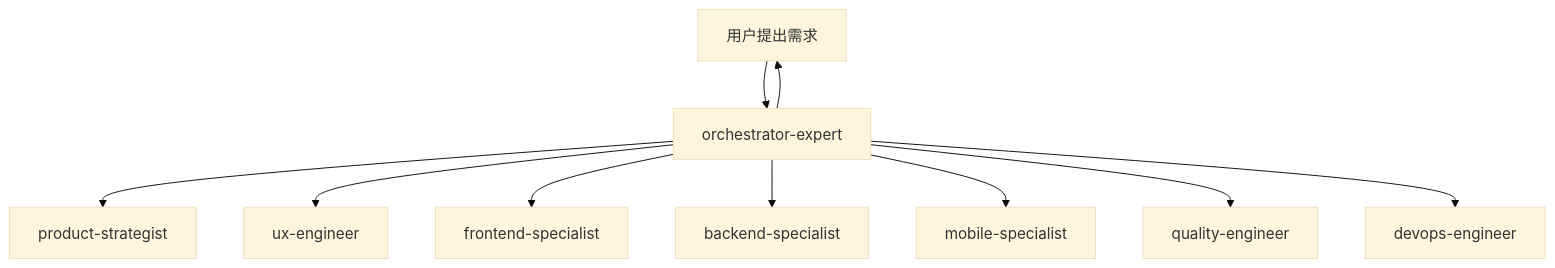
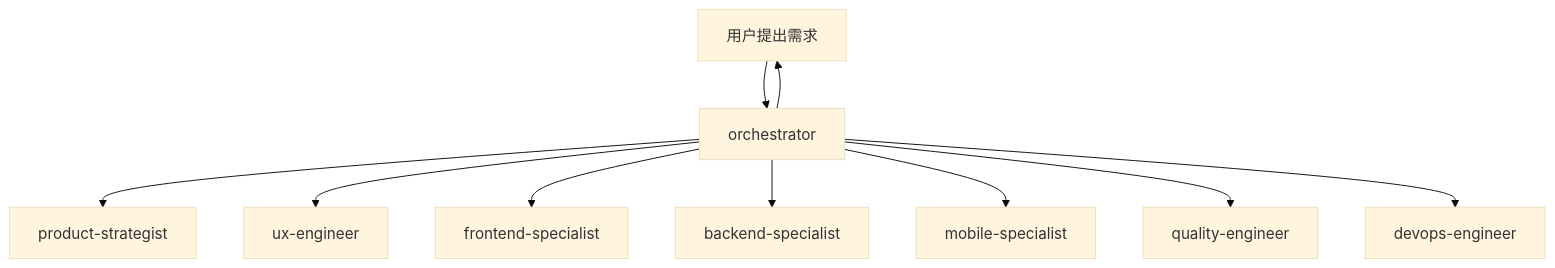
Before and after one commit to Tooooommy/Trae-Workflow: the diagram in README.md, drawn with Mermaid (base theme). The commit also changed other lines of this file and 21 other files, not shown here.

First line of the commit message:
refactor(skills): rename orchestrator-expert to orchestrator and update paths

````diff
--- a/README.md
+++ b/README.md
@@ -34,12 +34,12 @@
 ```mermaid
 flowchart TD
-    User[用户提出需求] --> Orchestrator[orchestrator-expert]
+    User[用户提出需求] --> Orchestrator[orchestrator]
     Orchestrator --> Product[product-strategist]
     Orchestrator --> Design[ux-engineer]
     Orchestrator --> Frontend[frontend-specialist]
     Orchestrator --> Backend[backend-specialist]
     Orchestrator --> Mobile[mobile-specialist]
     Orchestrator --> QA[quality-engineer]
     Orchestrator --> Ops[devops-engineer]
     Orchestrator --> User
 ```
````
